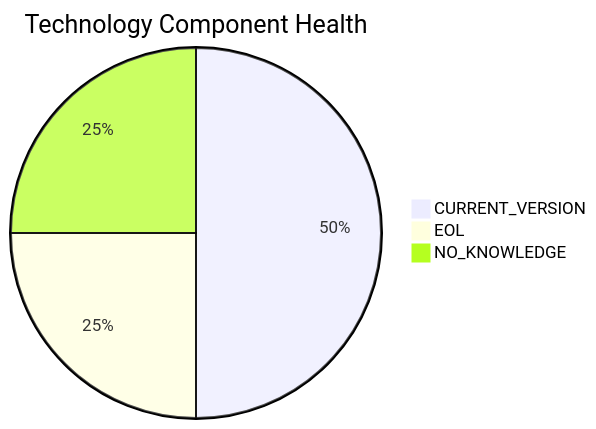
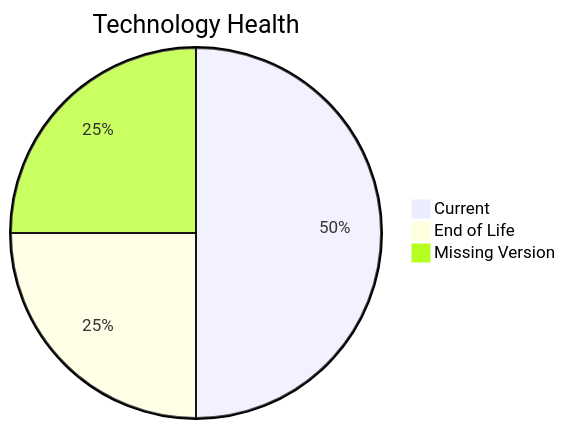
The diagram in discover/output/reports/apps/app019.md (ktruchcz/copilot-test-ktruchcz), drawn with Mermaid before and after one commit. The commit also changed other lines of this file and 227 other files, not shown here.

````diff
--- a/discover/output/reports/apps/app019.md
+++ b/discover/output/reports/apps/app019.md
@@ -38,6 +32,6 @@
 ```mermaid
-pie title Technology Component Health
-    "CURRENT_VERSION" : 2
-    "EOL" : 1
-    "NO_KNOWLEDGE" : 1
+pie title Technology Health
+    "Current" : 2
+    "End of Life" : 1
+    "Missing Version" : 1
 ```
````
